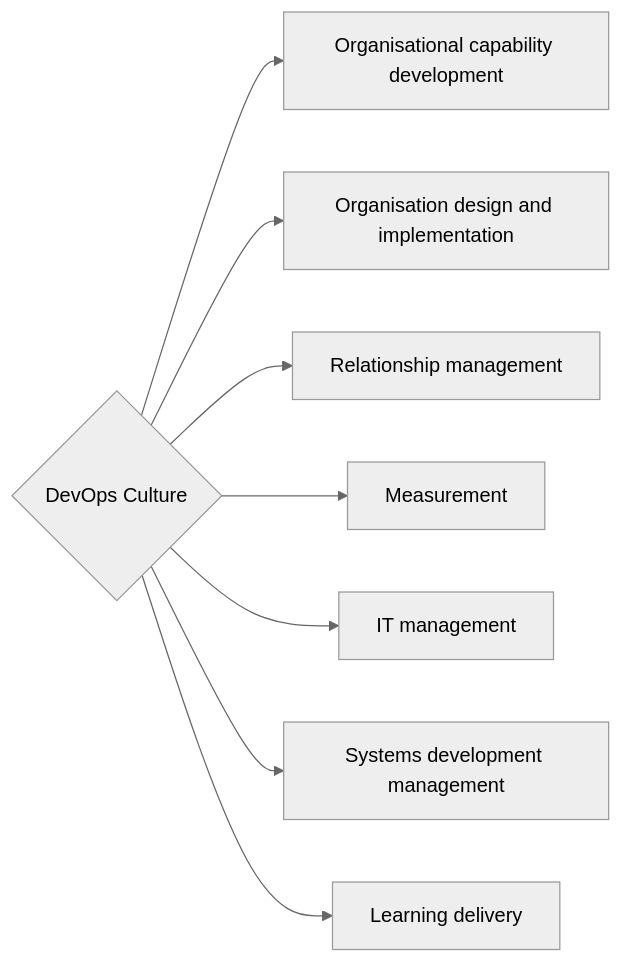
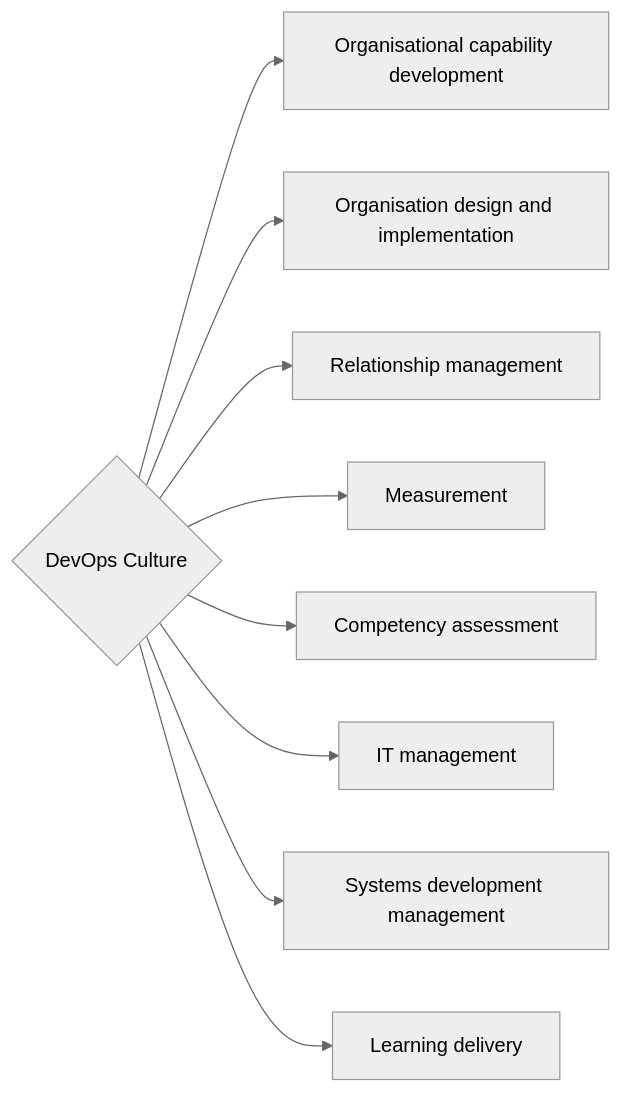
Before and after one commit to evgeniy-kharchenko/The-Way-of-DevOps: the second of 4 diagrams in README.md, drawn with Mermaid (neutral theme). The commit also changed other lines of this file, not shown here.

````diff
--- a/README.md
+++ b/README.md
@@ -51,11 +51,12 @@
 ```mermaid
 graph LR
     DevOpsCulture{DevOps Culture}
     DevOpsCulture --> OCDV[Organisational capability development]
     DevOpsCulture --> ORDI[Organisation design and implementation]
     DevOpsCulture --> RLMT[Relationship management]
     DevOpsCulture --> MEAS[Measurement]
+    DevOpsCulture --> LEDA[Competency assessment]
     DevOpsCulture --> ITMG[IT management]
     DevOpsCulture --> DLMG[Systems development management]
     DevOpsCulture --> ETDL[Learning delivery]
 ```
````
